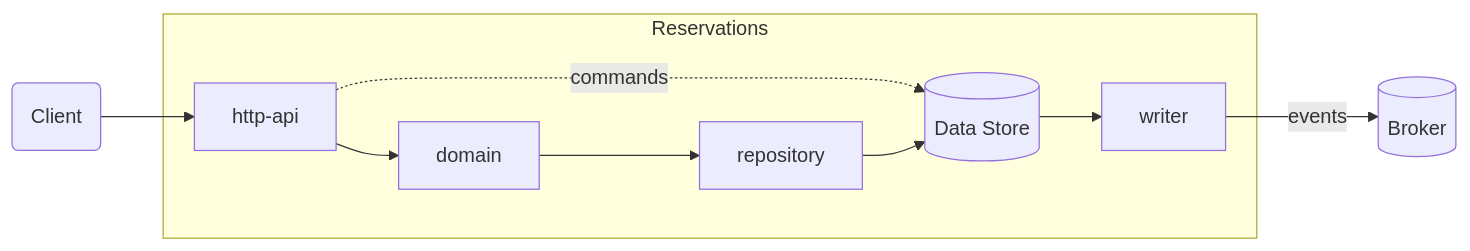
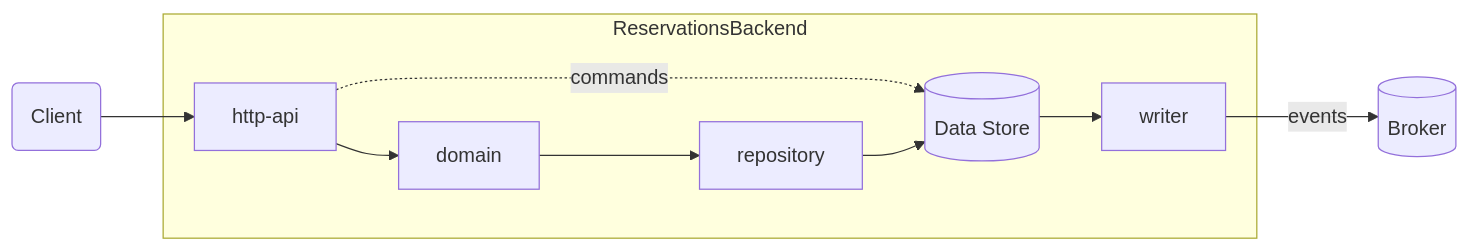
The third of 3 diagrams in docs/architecture/reservations.md (tonitienda/cinc-estrelles), drawn with Mermaid before and after one commit. The commit also changed 64 other files, not shown here.

````diff
--- a/docs/architecture/reservations.md
+++ b/docs/architecture/reservations.md
@@ -62,26 +62,26 @@
 ```mermaid
 
 flowchart LR
 
 Client(Client)
 
-subgraph Reservations
+subgraph ReservationsBackend
     http-api
     domain
     repository
     writer
 
     DB[(Data Store)]
 end
 
 
 Broker[(Broker)]
 
 Client --> http-api
 http-api -. commands .-> DB
 http-api --> domain
 domain --> repository
 repository --> DB
 DB --> writer
 writer -- events --> Broker
 ```
````
